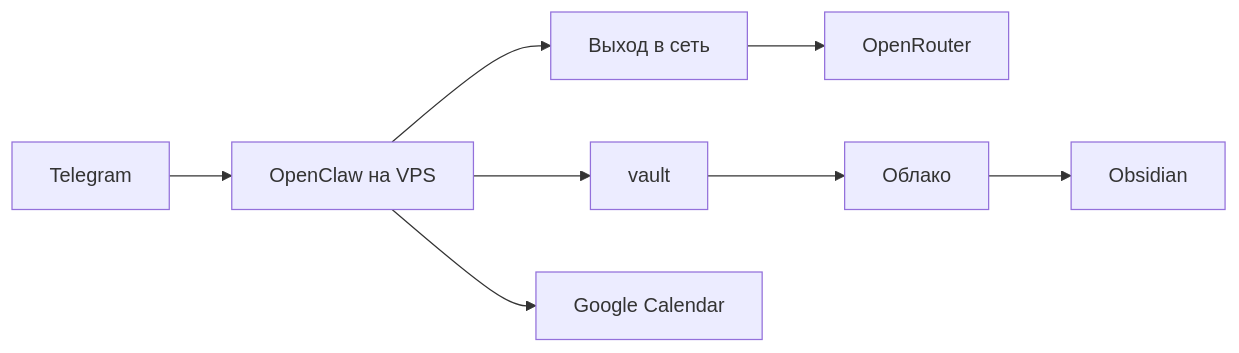
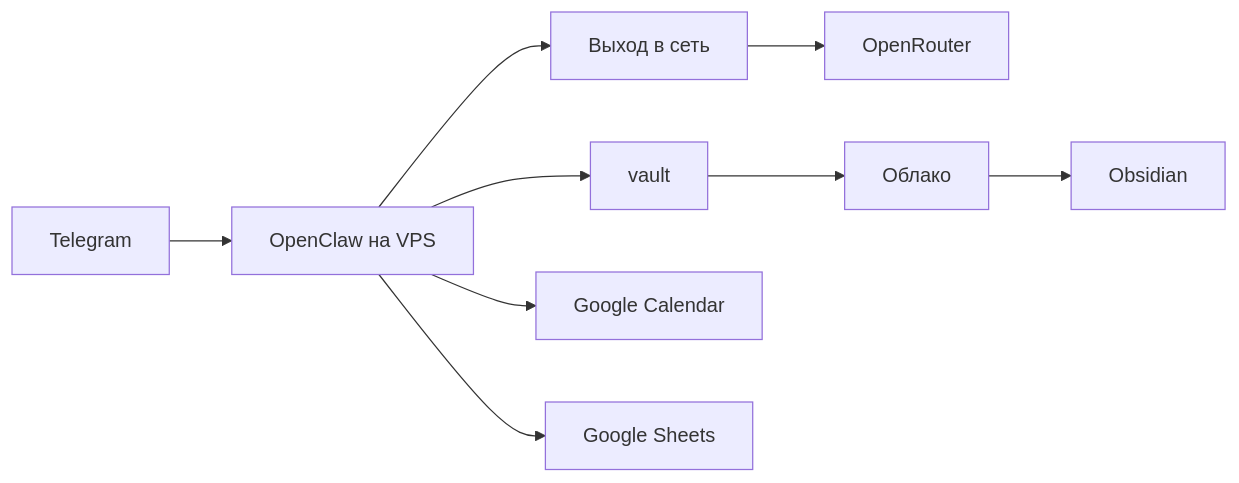
The diagram in README.md (standal0n3max/jarvis), drawn with Mermaid before and after one commit. The commit also changed other lines of this file and 1 other file, not shown here.

````diff
--- a/README.md
+++ b/README.md
@@ -11,19 +11,21 @@
 ```mermaid
 flowchart LR
   phone[Telegram]
   vps[OpenClaw на VPS]
   egress[Выход в сеть]
   or[OpenRouter]
   vault[vault]
   cloud[Облако]
   obsidian[Obsidian]
   gcal[Google Calendar]
+  sheets[Google Sheets]
 
   phone --> vps
   vps --> egress
   egress --> or
   vps --> vault
   vault --> cloud
   cloud --> obsidian
   vps --> gcal
+  vps --> sheets
 ```
````
